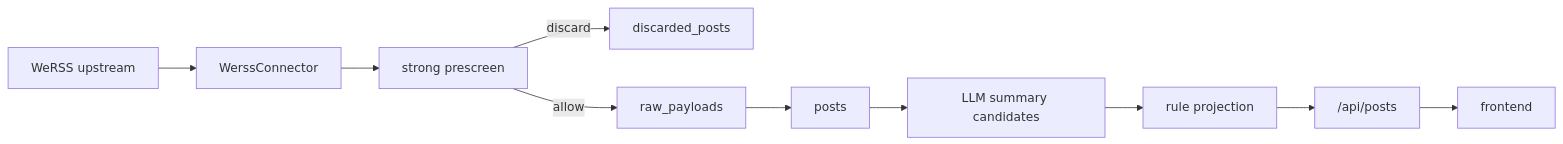
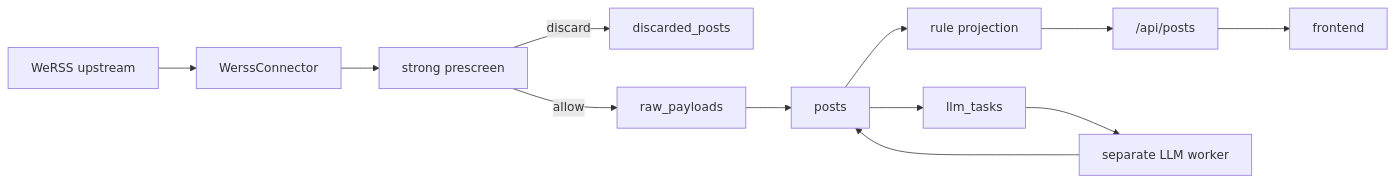
The diagram in docs/INDEX.md (porridgeowefish/lizhi), drawn with Mermaid before and after one commit. The commit also changed other lines of this file and 25 other files, not shown here.

````diff
--- a/docs/INDEX.md
+++ b/docs/INDEX.md
@@ -28,12 +33,14 @@
 ```mermaid
 flowchart LR
     A["WeRSS upstream"] --> B["WerssConnector"]
     B --> C["strong prescreen"]
     C -->|discard| D["discarded_posts"]
     C -->|allow| E["raw_payloads"]
     E --> F["posts"]
-    F --> G["LLM summary candidates"]
-    G --> H["rule projection"]
-    H --> I["/api/posts"]
-    I --> J["frontend"]
+    F --> G["rule projection"]
+    G --> H["/api/posts"]
+    H --> I["frontend"]
+    F --> J["llm_tasks"]
+    J --> K["separate LLM worker"]
+    K --> F
 ```
````
